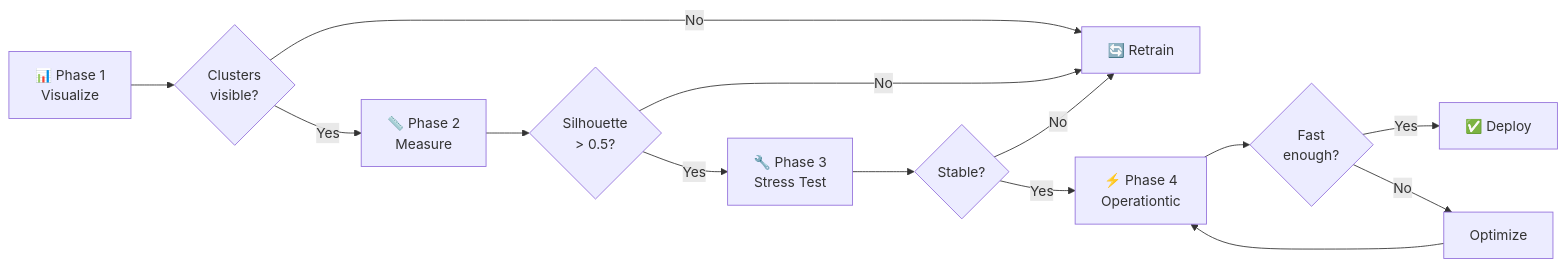
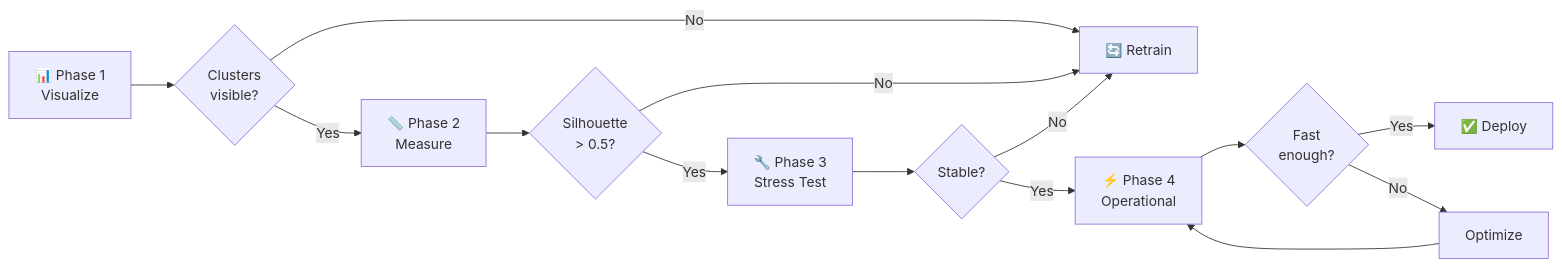
Before and after one commit to snowch/observability-anomaly-detection: the diagram in part5-embedding-quality.md, drawn with Mermaid. The commit also changed other lines of this file, not shown here.

````diff
--- a/part5-embedding-quality.md
+++ b/part5-embedding-quality.md
@@ -70,16 +70,16 @@
 ```{mermaid}
 flowchart LR
     A[📊 Phase 1<br/>Visualize] --> B{Clusters<br/>visible?}
     B -->|Yes| C[📏 Phase 2<br/>Measure]
     B -->|No| R1[🔄 Retrain]
     C --> D{Silhouette<br/>> 0.5?}
     D -->|Yes| E[🔧 Phase 3<br/>Stress Test]
     D -->|No| R1
     E --> F{Stable?}
-    F -->|Yes| G[⚡ Phase 4<br/>Operationtic]
+    F -->|Yes| G[⚡ Phase 4<br/>Operational]
     F -->|No| R1
     G --> H{Fast<br/>enough?}
     H -->|Yes| I[✅ Deploy]
     H -->|No| O[Optimize]
     O --> G
 ```
````
